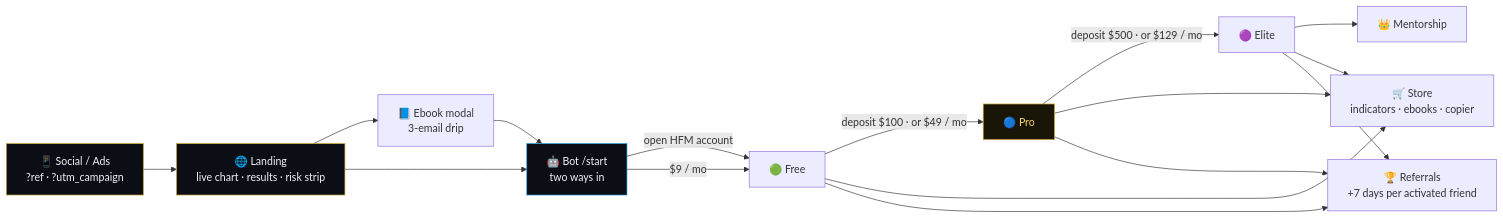
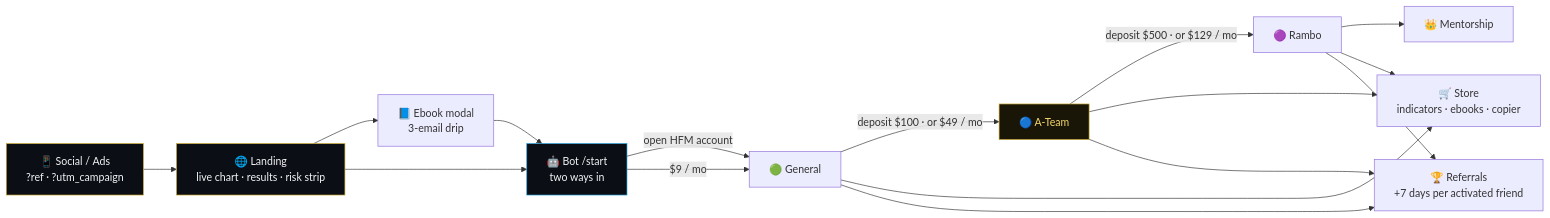
The first of 4 diagrams in README.md (printezy247/website_sam), drawn with Mermaid before and after one commit. The commit also changed other lines of this file and 23 other files, not shown here.

First line of the commit message:
Copy refresh: General / A-Team / Rambo ranks, cooler voice, header wordmark fix (#28)

````diff
--- a/README.md
+++ b/README.md
@@ -102,18 +102,18 @@
 ```mermaid
 flowchart LR
     A[📱 Social / Ads<br/>?ref · ?utm_campaign] --> B[🌐 Landing<br/>live chart · results · risk strip]
     B --> L[📘 Ebook modal<br/>3-email drip]
     B --> C[🤖 Bot /start<br/>two ways in]
     L --> C
-    C -->|open HFM account| D[🟢 Free]
+    C -->|open HFM account| D[🟢 General]
     C -->|$9 / mo| D
-    D -->|deposit $100 · or $49 / mo| E[🔵 Pro]
-    E -->|deposit $500 · or $129 / mo| F[🟣 Elite]
+    D -->|deposit $100 · or $49 / mo| E[🔵 A-Team]
+    E -->|deposit $500 · or $129 / mo| F[🟣 Rambo]
     F --> G[👑 Mentorship]
     D & E & F --> H[🛒 Store<br/>indicators · ebooks · copier]
     D & E & F --> R[🏆 Referrals<br/>+7 days per activated friend]
     style A fill:#0b0e14,stroke:#d4af37,color:#f3f4f6
     style B fill:#0b0e14,stroke:#d4af37,color:#f3f4f6
     style C fill:#0b0e14,stroke:#26A5E4,color:#f3f4f6
     style E fill:#1a1607,stroke:#d4af37,color:#f5d76e
 ```
````
